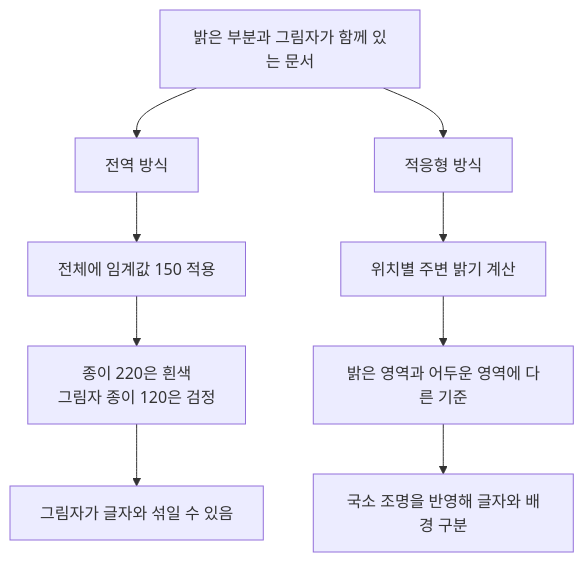
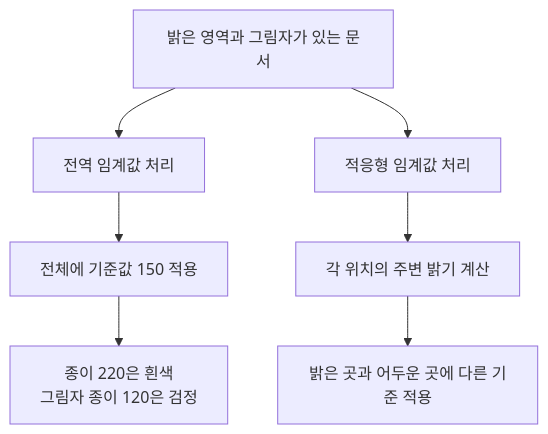
The diagram in topics/computer-vision/02-이미지-전처리.md (jaemin-devlog/AI-Study), drawn with Mermaid before and after one commit. The commit also changed other lines of this file and 4 other files, not shown here.

````diff
--- a/topics/computer-vision/02-이미지-전처리.md
+++ b/topics/computer-vision/02-이미지-전처리.md
@@ -201,11 +50,9 @@
 ```mermaid
 flowchart TB
-    A[밝은 부분과 그림자가 함께 있는 문서] --> G[전역 방식]
-    A --> L[적응형 방식]
-    G --> G1[전체에 임계값 150 적용]
-    G1 --> G2[종이 220은 흰색<br/>그림자 종이 120은 검정]
-    G2 --> G3[그림자가 글자와 섞일 수 있음]
-    L --> L1[위치별 주변 밝기 계산]
-    L1 --> L2[밝은 영역과 어두운 영역에 다른 기준]
-    L2 --> L3[국소 조명을 반영해 글자와 배경 구분]
+    A[밝은 영역과 그림자가 있는 문서] --> G[전역 임계값 처리]
+    A --> L[적응형 임계값 처리]
+    G --> G1[전체에 기준값 150 적용]
+    G1 --> G2["종이 220은 흰색<br/>그림자 종이 120은 검정"]
+    L --> L1[각 위치의 주변 밝기 계산]
+    L1 --> L2[밝은 곳과 어두운 곳에 다른 기준 적용]
 ```
````
